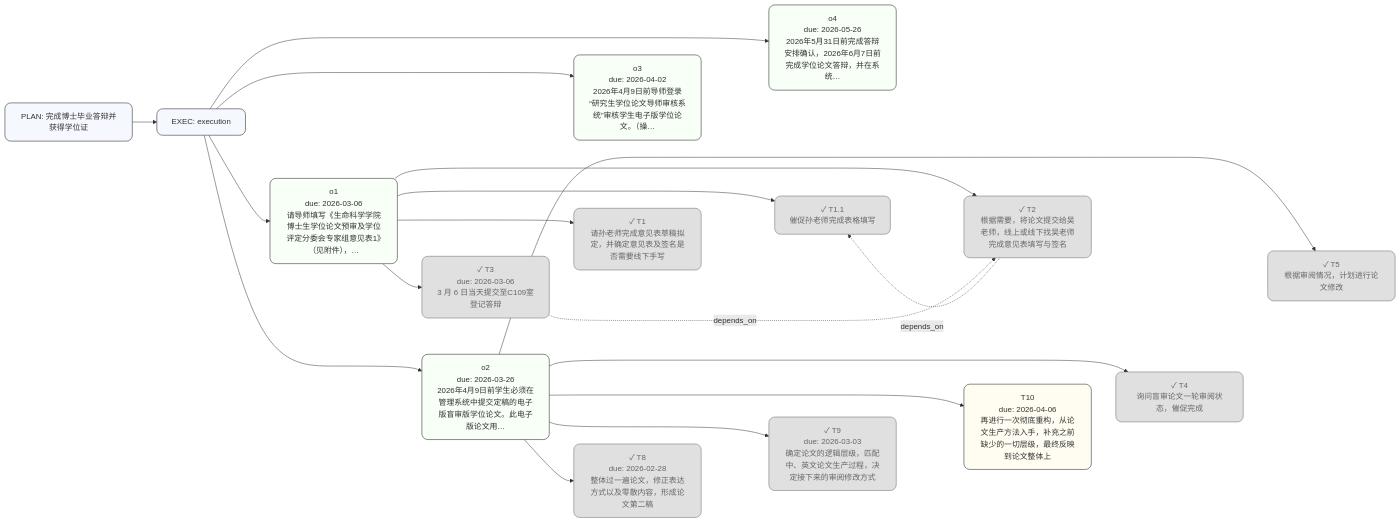
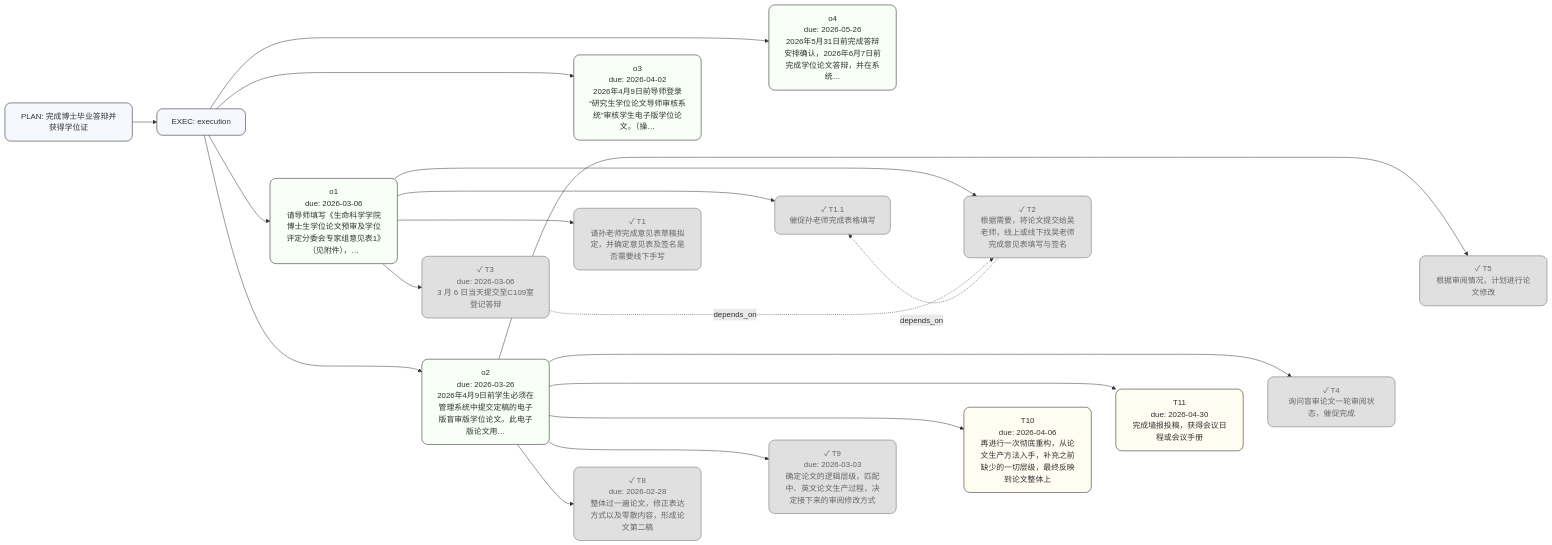
One commit to gbm19950414-ux/Hypothesis-driven-Task-Management-System changed the diagram in outputs/plan_毕业答辩_graph.mmd. Above: the diagram before and after it, drawn with Mermaid. The commit also changed 30 other files, not shown here.

```diff
--- a/outputs/plan_毕业答辩_graph.mmd
+++ b/outputs/plan_毕业答辩_graph.mmd
@@ -1,48 +1,51 @@
 flowchart LR
 classDef card fill:#ffffff,stroke:#111,stroke-width:1px,rx:10,ry:10;
 classDef plan fill:#f6f8ff,stroke:#111,stroke-width:1px,rx:12,ry:12;
 classDef obj fill:#f7fff6,stroke:#111,stroke-width:1px,rx:12,ry:12;
 classDef hyp fill:#fff6fb,stroke:#111,stroke-width:1px,rx:12,ry:12;
 classDef task fill:#fffdf2,stroke:#111,stroke-width:1px,rx:12,ry:12;
 classDef done fill:#e0e0e0,stroke:#666,stroke-width:1px,color:#666,rx:12,ry:12;
 PLAN["PLAN: 完成博士毕业答辩并获得学位证"]:::plan
 EP["EXEC: execution"]:::plan
 PLAN --> EP
 OBJ_o1["o1<br/>due: 2026-03-06<br/>请导师填写《生命科学学院博士生学位论文预审及学位评定分委会专家组意见表1》（见附件），…"]:::obj
 EP --> OBJ_o1
 OBJ_o2["o2<br/>due: 2026-03-26<br/>2026年4月9日前学生必须在管理系统中提交定稿的电子版盲审版学位论文。此电子版论文用…"]:::obj
 EP --> OBJ_o2
 OBJ_o3["o3<br/>due: 2026-04-02<br/>2026年4月9日前导师登录“研究生学位论文导师审核系统”审核学生电子版学位论文。（操…"]:::obj
 EP --> OBJ_o3
 OBJ_o4["o4<br/>due: 2026-05-26<br/>2026年5月31日前完成答辩安排确认，2026年6月7日前完成学位论文答辩，并在系统…"]:::obj
 EP --> OBJ_o4
 OBJ_o1 ~~~ OBJ_o2
 OBJ_o2 ~~~ OBJ_o3
 OBJ_o3 ~~~ OBJ_o4
 TASK_T8["✓ T8<br/>due: 2026-02-28<br/>整体过一遍论文，修正表达方式以及零散内容，形成论文第二稿"]:::done
 OBJ_o2 --> TASK_T8
 TASK_T9["✓ T9<br/>due: 2026-03-03<br/>确定论文的逻辑层级，匹配中、英文论文生产过程，决定接下来的审阅修改方式"]:::done
 OBJ_o2 --> TASK_T9
 TASK_T3["✓ T3<br/>due: 2026-03-06<br/>3 月 6 日当天提交至C109室登记答辩"]:::done
 OBJ_o1 --> TASK_T3
 TASK_T10["T10<br/>due: 2026-04-06<br/>再进行一次彻底重构，从论文生产方法入手，补充之前缺少的一切层级，最终反映到论文整体上"]:::task
 OBJ_o2 --> TASK_T10
+TASK_T11["T11<br/>due: 2026-04-30<br/>完成墙报投稿，获得会议日程或会议手册"]:::task
+OBJ_o2 --> TASK_T11
 TASK_T1["✓ T1<br/>请孙老师完成意见表草稿拟定，并确定意见表及签名是否需要线下手写"]:::done
 OBJ_o1 --> TASK_T1
 TASK_T1.1["✓ T1.1<br/>催促孙老师完成表格填写"]:::done
 OBJ_o1 --> TASK_T1.1
 TASK_T2["✓ T2<br/>根据需要，将论文提交给吴老师，线上或线下找吴老师完成意见表填写与签名"]:::done
 OBJ_o1 --> TASK_T2
 TASK_T4["✓ T4<br/>询问盲审论文一轮审阅状态，催促完成"]:::done
 OBJ_o2 --> TASK_T4
 TASK_T5["✓ T5<br/>根据审阅情况，计划进行论文修改"]:::done
 OBJ_o2 --> TASK_T5
 TASK_T8 ~~~ TASK_T9
 TASK_T9 ~~~ TASK_T10
-TASK_T10 ~~~ TASK_T4
+TASK_T10 ~~~ TASK_T11
+TASK_T11 ~~~ TASK_T4
 TASK_T4 ~~~ TASK_T5
 TASK_T3 ~~~ TASK_T1
 TASK_T1 ~~~ TASK_T1.1
 TASK_T1.1 ~~~ TASK_T2
 TASK_T2 -. depends_on .-> TASK_T1.1
 TASK_T3 -. depends_on .-> TASK_T2
```
